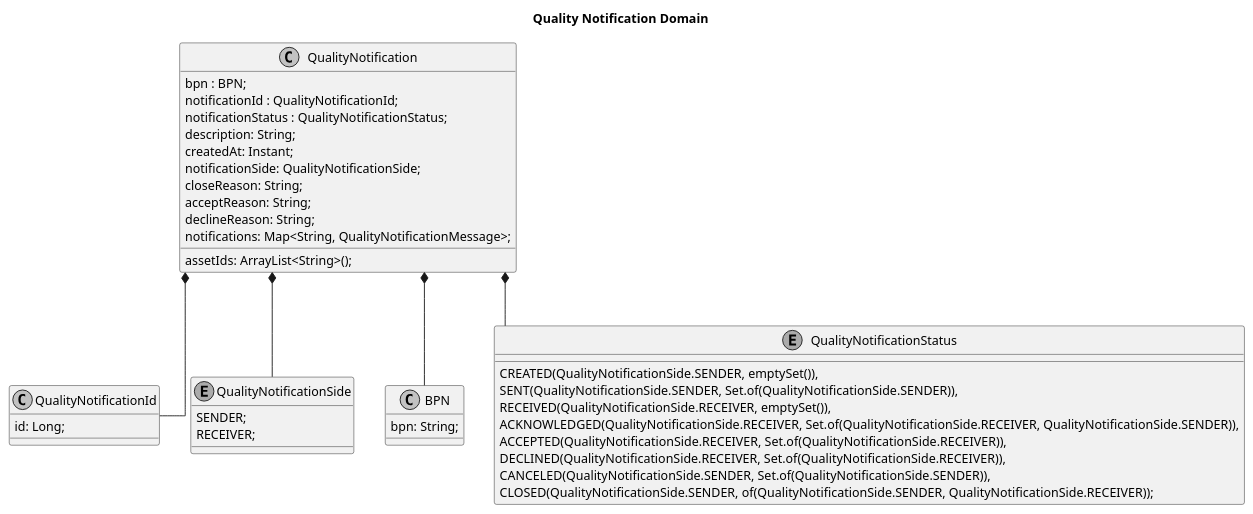
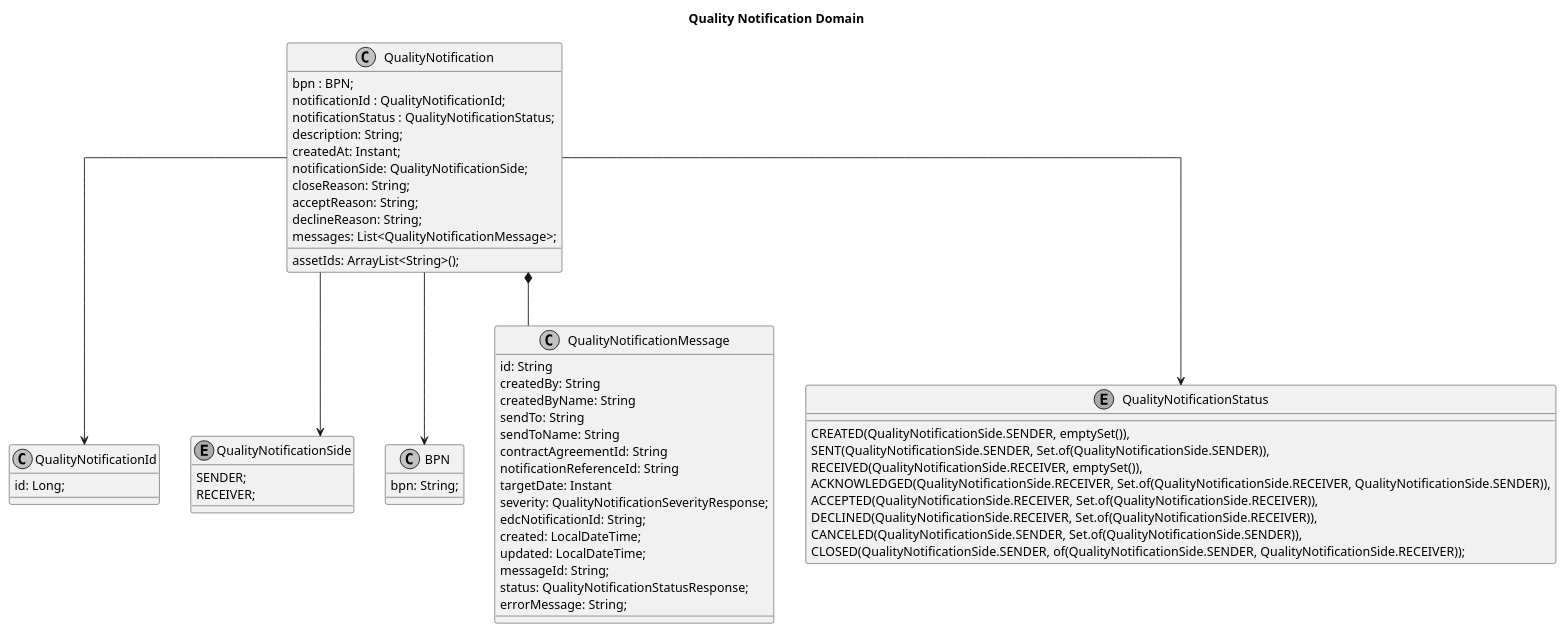
Before and after one commit to eclipse-tractusx/traceability-foss: the diagram in docs/src/uml-diagrams/arc42/cross-cutting/domain-model/domain-model-quality-notifications.puml, drawn with PlantUML. The commit also changed 4 other files, not shown here.

Commit message:
feature(errormessage): 423 - updating docs and removing error from qualitynotification response.

```diff
--- a/docs/src/uml-diagrams/arc42/cross-cutting/domain-model/domain-model-quality-notifications.puml
+++ b/docs/src/uml-diagrams/arc42/cross-cutting/domain-model/domain-model-quality-notifications.puml
@@ -1,49 +1,67 @@
 @startuml
 skinparam monochrome true
 skinparam shadowing false
 skinparam defaultFontName "Architects daughter"
 skinparam linetype ortho
 title: Quality Notification Domain
 
 class QualityNotification {
     bpn : BPN;
     notificationId : QualityNotificationId;
     notificationStatus : QualityNotificationStatus;
     description: String;
     createdAt: Instant;
     notificationSide: QualityNotificationSide;
     assetIds: ArrayList<String>();
     closeReason: String;
     acceptReason: String;
     declineReason: String;
-    notifications: Map<String, QualityNotificationMessage>;
+    messages: List<QualityNotificationMessage>;
 }
 
 class QualityNotificationId {
 id: Long;
 }
 
 enum QualityNotificationSide{
     SENDER;
     RECEIVER;
 }
 class BPN{
 bpn: String;
 }
+class QualityNotificationMessage {
+   id: String
+   createdBy: String
+   createdByName: String
+   sendTo: String
+   sendToName: String
+   contractAgreementId: String
+   notificationReferenceId: String
+   targetDate: Instant
+   severity: QualityNotificationSeverityResponse;
+   edcNotificationId: String;
+   created: LocalDateTime;
+   updated: LocalDateTime;
+   messageId: String;
+   status: QualityNotificationStatusResponse;
+   errorMessage: String;
+}
 
 enum QualityNotificationStatus{
  CREATED(QualityNotificationSide.SENDER, emptySet()),
     SENT(QualityNotificationSide.SENDER, Set.of(QualityNotificationSide.SENDER)),
     RECEIVED(QualityNotificationSide.RECEIVER, emptySet()),
     ACKNOWLEDGED(QualityNotificationSide.RECEIVER, Set.of(QualityNotificationSide.RECEIVER, QualityNotificationSide.SENDER)),
     ACCEPTED(QualityNotificationSide.RECEIVER, Set.of(QualityNotificationSide.RECEIVER)),
     DECLINED(QualityNotificationSide.RECEIVER, Set.of(QualityNotificationSide.RECEIVER)),
     CANCELED(QualityNotificationSide.SENDER, Set.of(QualityNotificationSide.SENDER)),
     CLOSED(QualityNotificationSide.SENDER, of(QualityNotificationSide.SENDER, QualityNotificationSide.RECEIVER));
  }
 
-QualityNotification *-- QualityNotificationId
-QualityNotification *-- BPN
-QualityNotification *-- QualityNotificationStatus
-QualityNotification *-- QualityNotificationSide
+QualityNotification --> QualityNotificationId
+QualityNotification --> BPN
+QualityNotification --> QualityNotificationStatus
+QualityNotification --> QualityNotificationSide
+QualityNotification *-- QualityNotificationMessage
 @enduml
```
